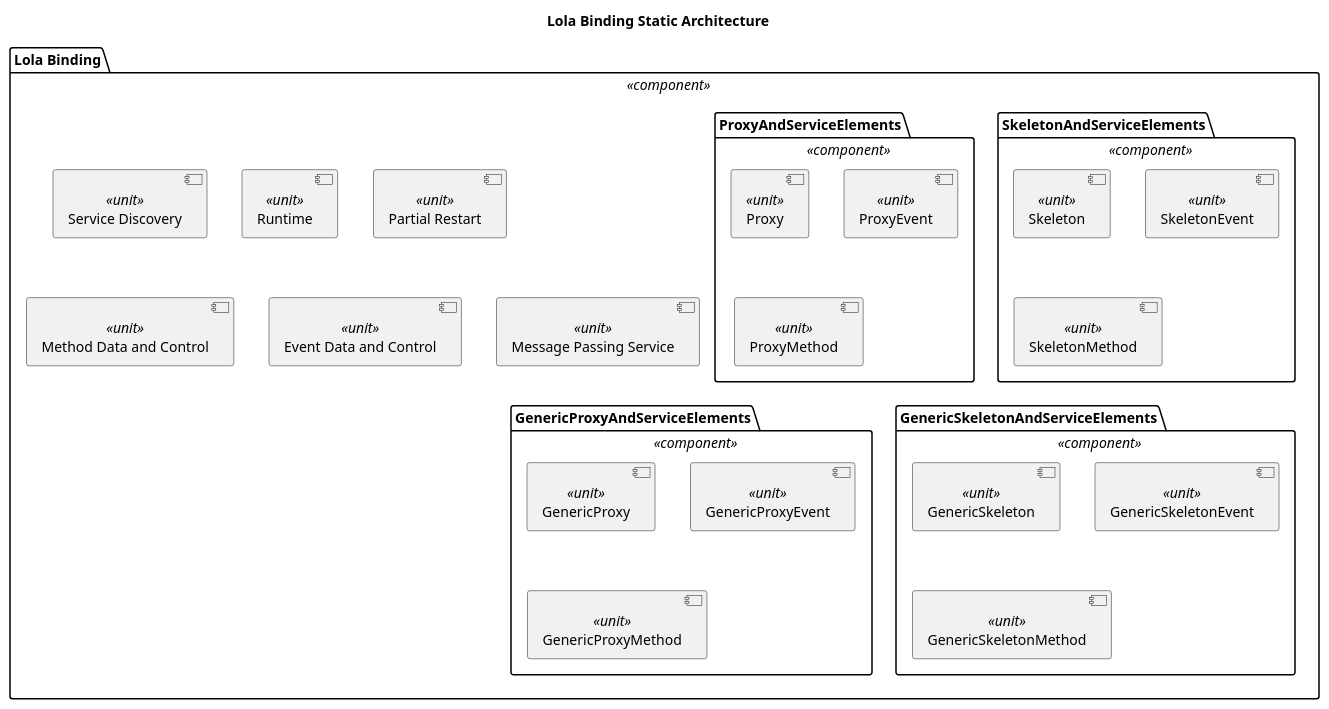
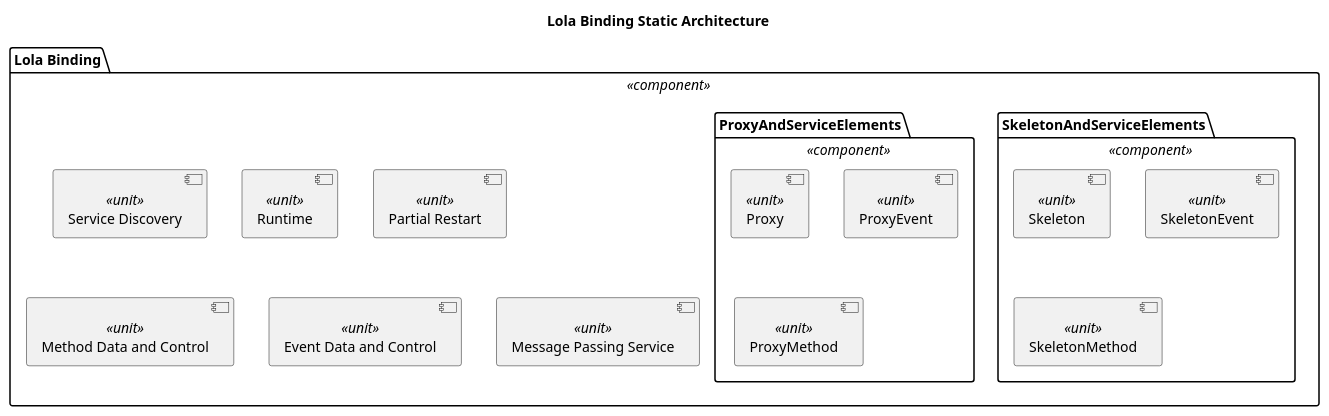
The diagram in score/mw/com/dependability/software_architectural_design/static_design/lola_binding.puml (eclipse-score/communication), drawn with PlantUML before and after one commit. The commit also changed 1 other file, not shown here.

Commit message:
safety_sentinel: Remove generic skeleton / proxy from binding
Since the binding level will soon be type erased, we no longer
differentiate between a SkeletonEvent and GenericEvent (and same for the
proxy side). Therefore, we can remove these units / components from the
binding level.

```diff
--- a/score/mw/com/dependability/software_architectural_design/static_design/lola_binding.puml
+++ b/score/mw/com/dependability/software_architectural_design/static_design/lola_binding.puml
@@ -13,37 +13,25 @@
 @startuml safety_sentinel_lola_binding_design
 title "Lola Binding Static Architecture"
 
 package "Lola Binding" as lola_binding <<component>> {
   component "Service Discovery" as lola_service_discovery <<unit>> 
   component "Runtime" as lola_runtime <<unit>> 
   component "Partial Restart" as lola_partial_restart <<unit>>
   component "Method Data and Control" as lola_method_data_control <<unit>> 
   component "Event Data and Control" as lola_event_data_control <<unit>> 
   component "Message Passing Service" as lola_message_passing_service <<unit>> 
 
   package "SkeletonAndServiceElements" as lola_skeleton_and_service_elements <<component>> {
     component "Skeleton" as lola_skeleton <<unit>> 
     component "SkeletonEvent" as lola_skeleton_event <<unit>> 
     component "SkeletonMethod" as lola_skeleton_method <<unit>> 
   }
   
   package "ProxyAndServiceElements" as lola_proxy_and_service_elements <<component>> {
     component "Proxy" as lola_proxy <<unit>> 
     component "ProxyEvent" as lola_proxy_event <<unit>> 
     component "ProxyMethod" as lola_proxy_method <<unit>> 
   }
-
-  package "GenericSkeletonAndServiceElements" as lola_generic_skeleton_and_service_elements <<component>> {
-    component "GenericSkeleton" as lola_generic_skeleton <<unit>>
-    component "GenericSkeletonEvent" as lola_generic_skeleton_event <<unit>>
-    component "GenericSkeletonMethod" as lola_generic_skeleton_method <<unit>>
-  }
-
-  package "GenericProxyAndServiceElements" as lola_generic_proxy_and_service_elements <<component>> {
-    component "GenericProxy" as lola_generic_proxy <<unit>> 
-    component "GenericProxyEvent" as lola_generic_proxy_event <<unit>> 
-    component "GenericProxyMethod" as lola_generic_proxy_method <<unit>> 
-  }
 }
 
 @enduml
```
